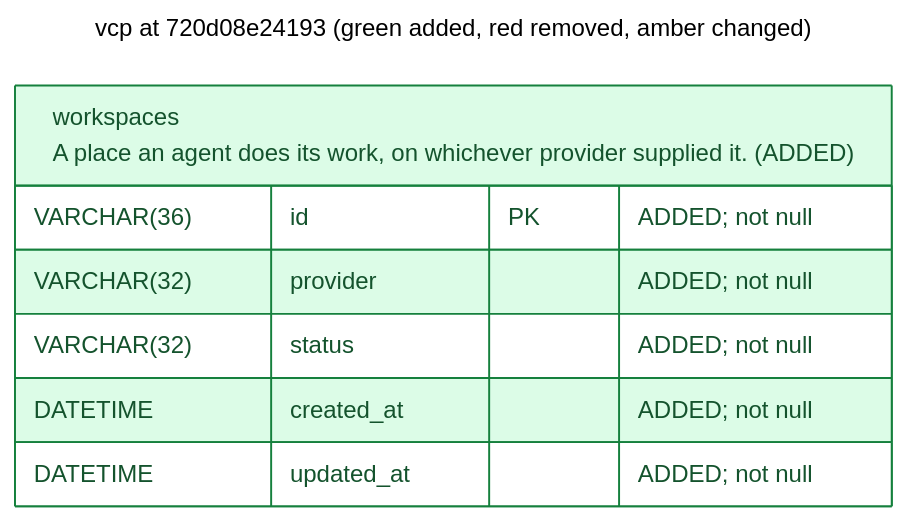
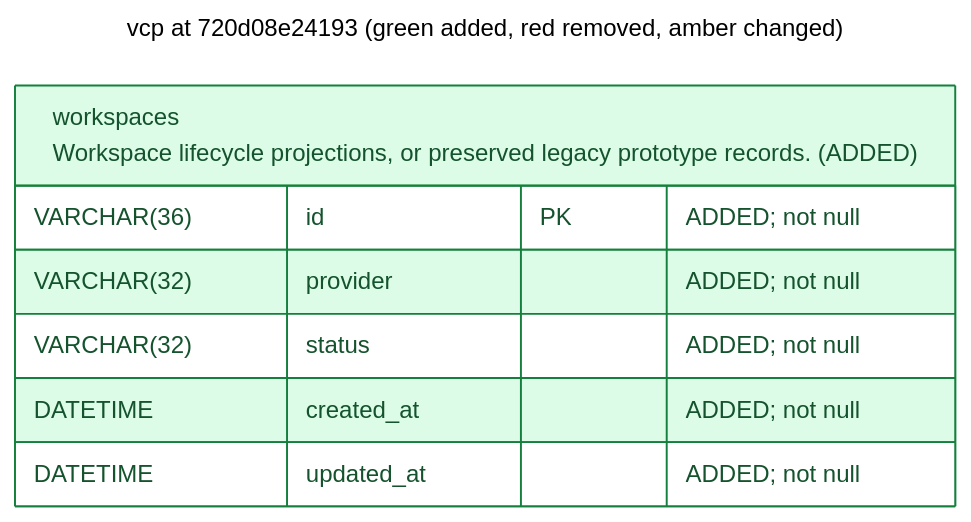
Before and after one commit to OpenEngine/OpenEngine: the diagram in v2/docs/schema/vcp/720d08e24193.mermaid, drawn with Mermaid. The commit also changed 20 other files, not shown here.

```diff
--- a/v2/docs/schema/vcp/720d08e24193.mermaid
+++ b/v2/docs/schema/vcp/720d08e24193.mermaid
@@ -1,21 +1,21 @@
 ---
 title: vcp at 720d08e24193 (green added, red removed, amber changed)
 config:
   theme: neutral
 ---
 erDiagram
     direction LR
     %% REMOVED tables/columns are tombstones, absent from this revision's schema.
     %% Column changes include type, nullability, default and key membership.
     %% Table changes also include indexes and constraints.
     classDef added fill:#dcfce7,stroke:#15803d,color:#14532d
     classDef removed fill:#fee2e2,stroke:#b91c1c,color:#7f1d1d
     classDef changed fill:#fef3c7,stroke:#b45309,color:#78350f
-    workspaces["workspaces<br/>A place an agent does its work, on whichever provider supplied it. (ADDED)"] {
+    workspaces["workspaces<br/>Workspace lifecycle projections, or preserved legacy prototype records. (ADDED)"] {
         VARCHAR(36) id PK "ADDED; not null"
         VARCHAR(32) provider "ADDED; not null"
         VARCHAR(32) status "ADDED; not null"
         DATETIME created_at "ADDED; not null"
         DATETIME updated_at "ADDED; not null"
     }
     class workspaces added
```
